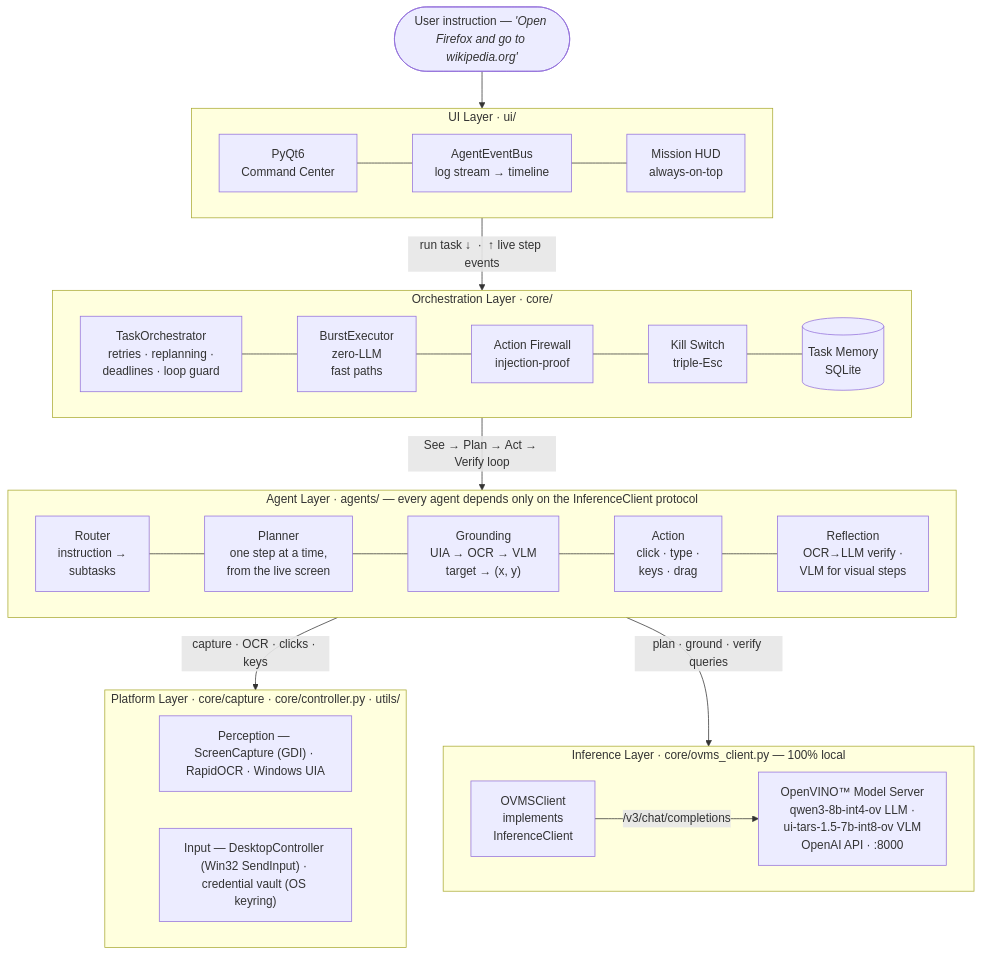
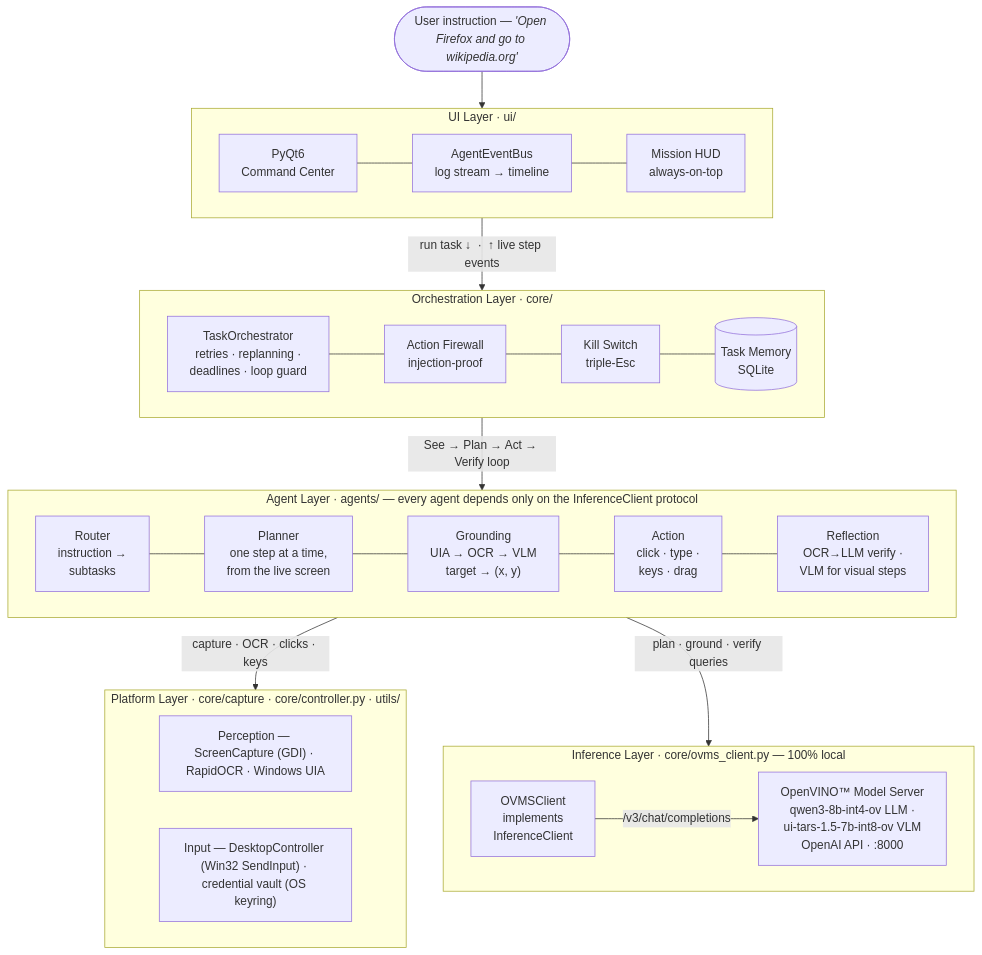
The diagram in README.md (Shehrozkashif/OpenVINO-Autonomous-GUI-Agent), drawn with Mermaid before and after one commit. The commit also changed other lines of this file and 15 other files, not shown here.

````diff
--- a/README.md
+++ b/README.md
@@ -92,51 +92,50 @@
 ```mermaid
 flowchart TB
     USER(["User instruction — <i>'Open Firefox and go to wikipedia.org'</i>"])
 
     subgraph UI_LAYER["&nbsp;UI Layer · ui/&nbsp;"]
         direction LR
         GUI["PyQt6<br/>Command Center"]
         EVBUS["AgentEventBus<br/>log stream → timeline"]
         HUD["Mission HUD<br/>always-on-top"]
         GUI --- EVBUS --- HUD
     end
 
     subgraph ORCH_LAYER["&nbsp;Orchestration Layer · core/&nbsp;"]
         direction LR
         ORCH["TaskOrchestrator<br/>retries · replanning ·<br/>deadlines · loop guard"]
-        BURST["BurstExecutor<br/>zero-LLM<br/>fast paths"]
         FIREWALL["Action Firewall<br/>injection-proof"]
         KILL["Kill Switch<br/>triple-Esc"]
         MEMORY[("Task Memory<br/>SQLite")]
-        ORCH --- BURST --- FIREWALL --- KILL --- MEMORY
+        ORCH --- FIREWALL --- KILL --- MEMORY
     end
 
     subgraph AGENT_LAYER["&nbsp;Agent Layer · agents/ — every agent depends only on the InferenceClient protocol&nbsp;"]
         direction LR
         ROUTER["Router<br/>instruction →<br/>subtasks"]
         PLANNER["Planner<br/>one step at a time,<br/>from the live screen"]
         GROUND["Grounding<br/>UIA → OCR → VLM<br/>target → (x, y)"]
         ACTION["Action<br/>click · type ·<br/>keys · drag"]
         REFLECT["Reflection<br/>OCR→LLM verify ·<br/>VLM for visual steps"]
         ROUTER --- PLANNER --- GROUND --- ACTION --- REFLECT
     end
 
     subgraph PLATFORM_LAYER["&nbsp;Platform Layer · core/capture · core/controller.py · utils/&nbsp;"]
         direction LR
         PERCEPTION["Perception — ScreenCapture (GDI) · RapidOCR · Windows UIA"]
         INPUT["Input — DesktopController (Win32 SendInput) · credential vault (OS keyring)"]
     end
 
     subgraph INFER_LAYER["&nbsp;Inference Layer · core/ovms_client.py — 100% local&nbsp;"]
         direction LR
         CLIENT["OVMSClient<br/>implements<br/>InferenceClient"]
         OVMS["OpenVINO™ Model Server<br/>qwen3-8b-int4-ov LLM ·<br/>ui-tars-1.5-7b-int8-ov VLM<br/>OpenAI API · :8000"]
         CLIENT -- "/v3/chat/completions" --> OVMS
     end
 
     USER --> UI_LAYER
     UI_LAYER -- "run task ↓ &nbsp;·&nbsp; ↑ live step events" --> ORCH_LAYER
     ORCH_LAYER -- "See → Plan → Act → Verify loop" --> AGENT_LAYER
     AGENT_LAYER -- "capture · OCR · clicks · keys" --> PLATFORM_LAYER
     AGENT_LAYER -- "plan · ground · verify queries" --> INFER_LAYER
 ```
````
